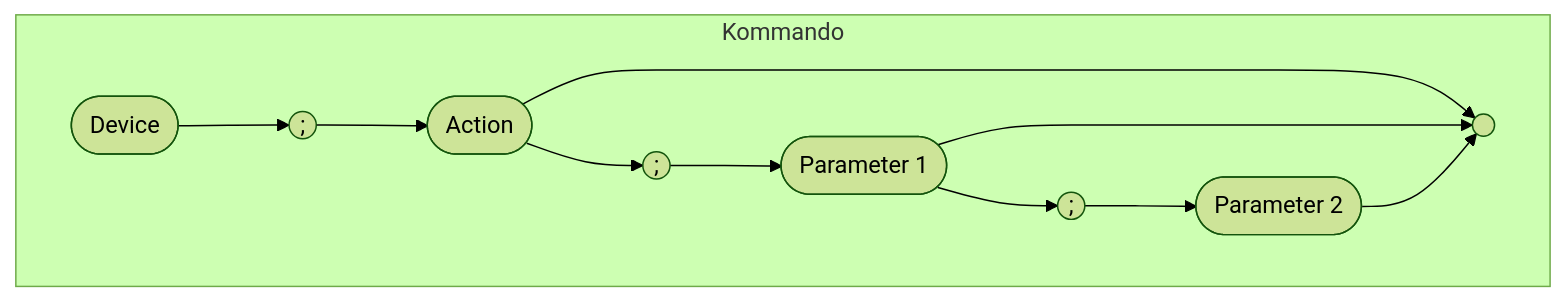
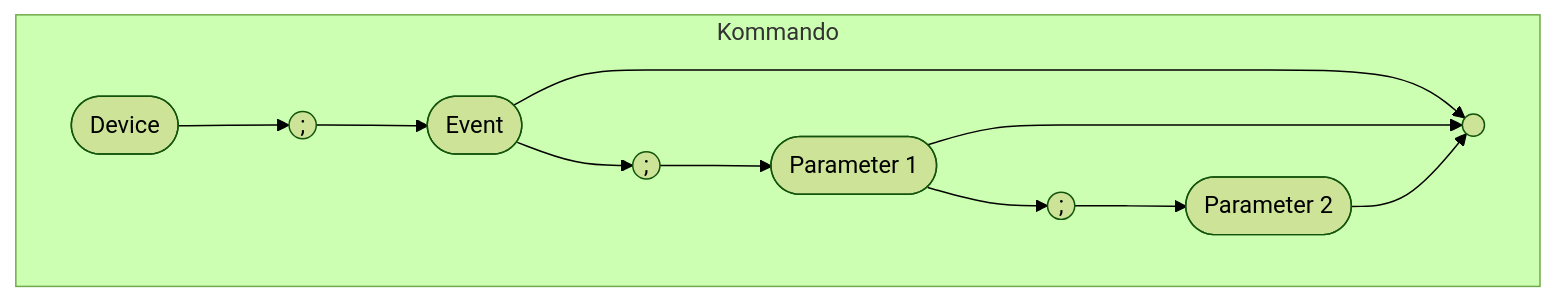
The diagram in Doku/Kommandos.md (charraeus/FSHWPanel), drawn with Mermaid (forest theme) before and after one commit. The commit also changed other lines of this file and 9 other files, not shown here.

````diff
--- a/Doku/Kommandos.md
+++ b/Doku/Kommandos.md
@@ -21,9 +21,9 @@
 ```mermaid
 flowchart LR
 subgraph Kommando
 	direction LR
-	dev([Device]) --> s1((";")) --> act([Action]) --> c2(( ))
-	act --> s2((";")) --> para1(["Parameter 1"]) --> c2
-	para1 --> s3((";")) --> para2(["Parameter 2"]) --> c2	
+	dev([Device]) --> s1((";")) --> ev([Event]) --> c2(( ))
+	ev --> s2((";")) --> para1(["Parameter 1"]) --> c2
+	para1 --> s3((";")) --> para2(["Parameter 2"]) --> c2
 end
 ```
````
